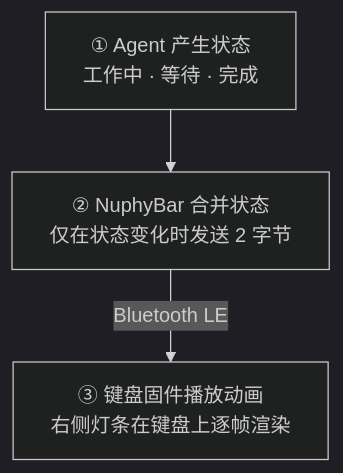
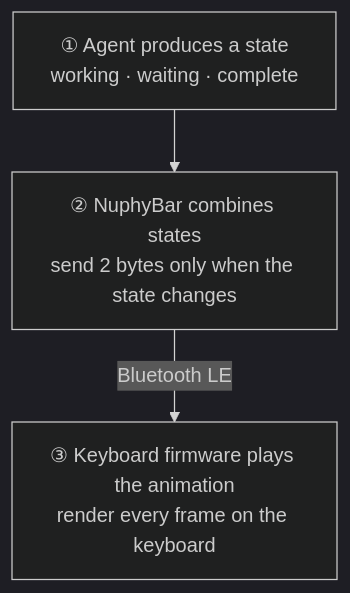
The diagram in README.md (itsmaiGe/NuphyBar), drawn with Mermaid (dark theme) before and after one commit. The commit also changed other lines of this file and 4 other files, not shown here.

````diff
--- a/README.md
+++ b/README.md
@@ -74,8 +74,8 @@
 ```mermaid
 flowchart TB
-    A["① Agent 产生状态<br/>工作中 · 等待 · 完成"]
-    B["② NuphyBar 合并状态<br/>仅在状态变化时发送 2 字节"]
-    C["③ 键盘固件播放动画<br/>右侧灯条在键盘上逐帧渲染"]
+    A["① Agent produces a state<br/>working · waiting · complete"]
+    B["② NuphyBar combines states<br/>send 2 bytes only when the state changes"]
+    C["③ Keyboard firmware plays the animation<br/>render every frame on the keyboard"]
     A --> B
     B -->|Bluetooth LE| C
 ```
````
